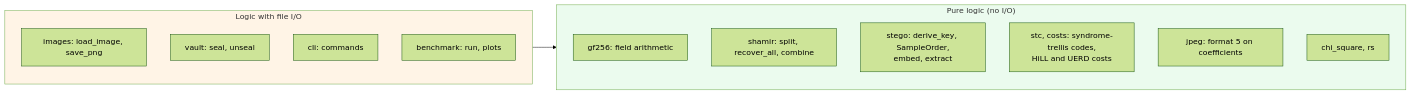
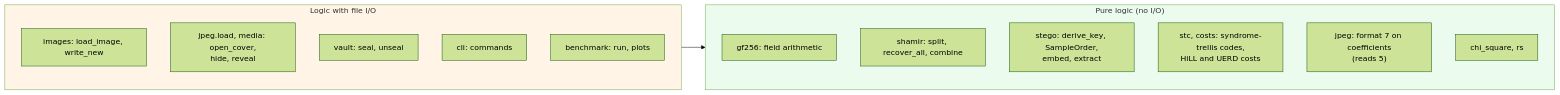
The diagram in docs/03-function-reference.md (Just-Ipavon/shardpix), drawn with Mermaid (forest theme) before and after one commit. The commit also changed other lines of this file and 4 other files, not shown here.

````diff
--- a/docs/03-function-reference.md
+++ b/docs/03-function-reference.md
@@ -30,23 +30,24 @@
 ```mermaid
 graph LR
     subgraph pure["Pure logic (no I/O)"]
         P1["gf256: field arithmetic"]
         P2["shamir: split, recover_all, combine"]
         P3["stego: derive_key, SampleOrder,<br/>embed, extract"]
         P5["stc, costs: syndrome-trellis codes,<br/>HiLL and UERD costs"]
-        P6["jpeg: format 5 on coefficients"]
+        P6["jpeg: format 7 on coefficients<br/>(reads 5)"]
         P4["chi_square, rs"]
     end
 
     subgraph io["Logic with file I/O"]
-        I1["images: load_image, save_png"]
+        I1["images: load_image, write_new"]
+        I5["jpeg.load, media: open_cover,<br/>hide, reveal"]
         I2["vault: seal, unseal"]
         I3["cli: commands"]
         I4["benchmark: run, plots"]
     end
 
     io --> pure
 
     style pure fill:#ebfbee
     style io fill:#fff4e6
 ```
````
